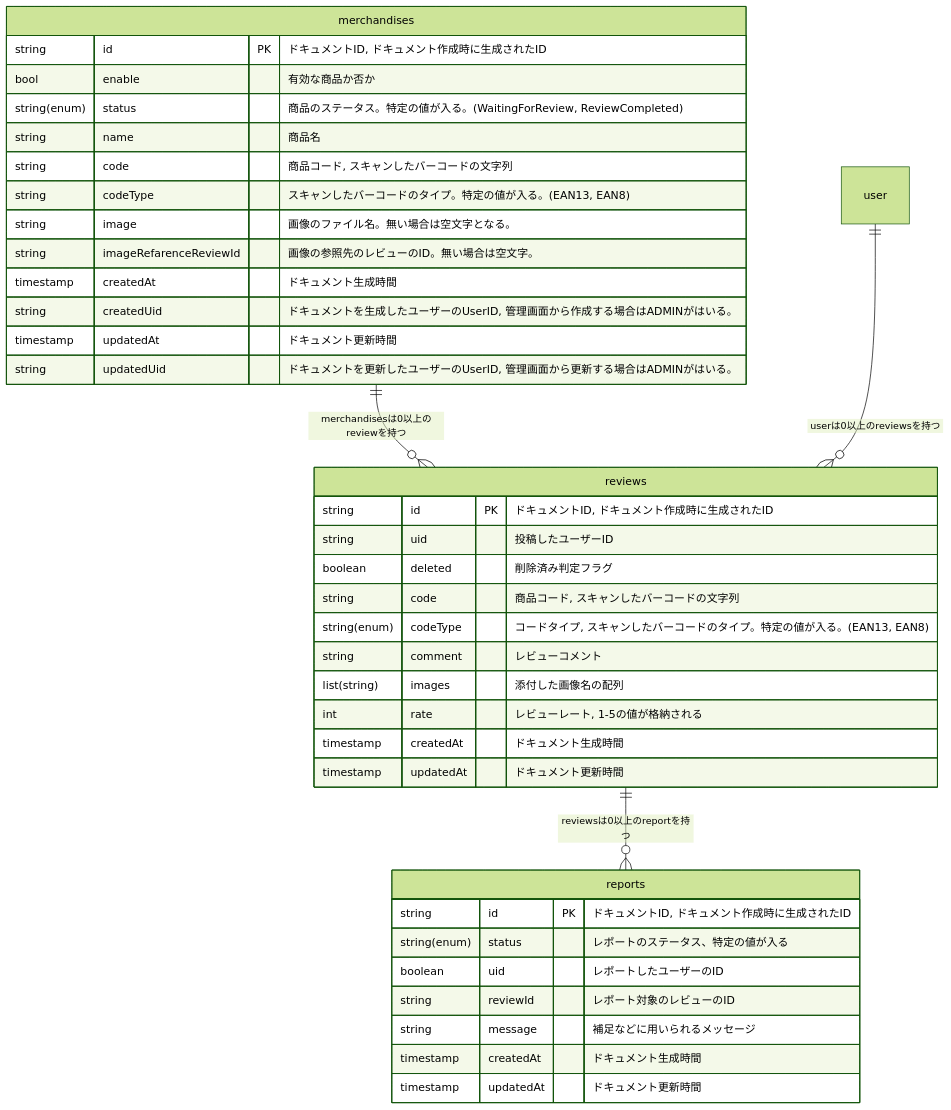
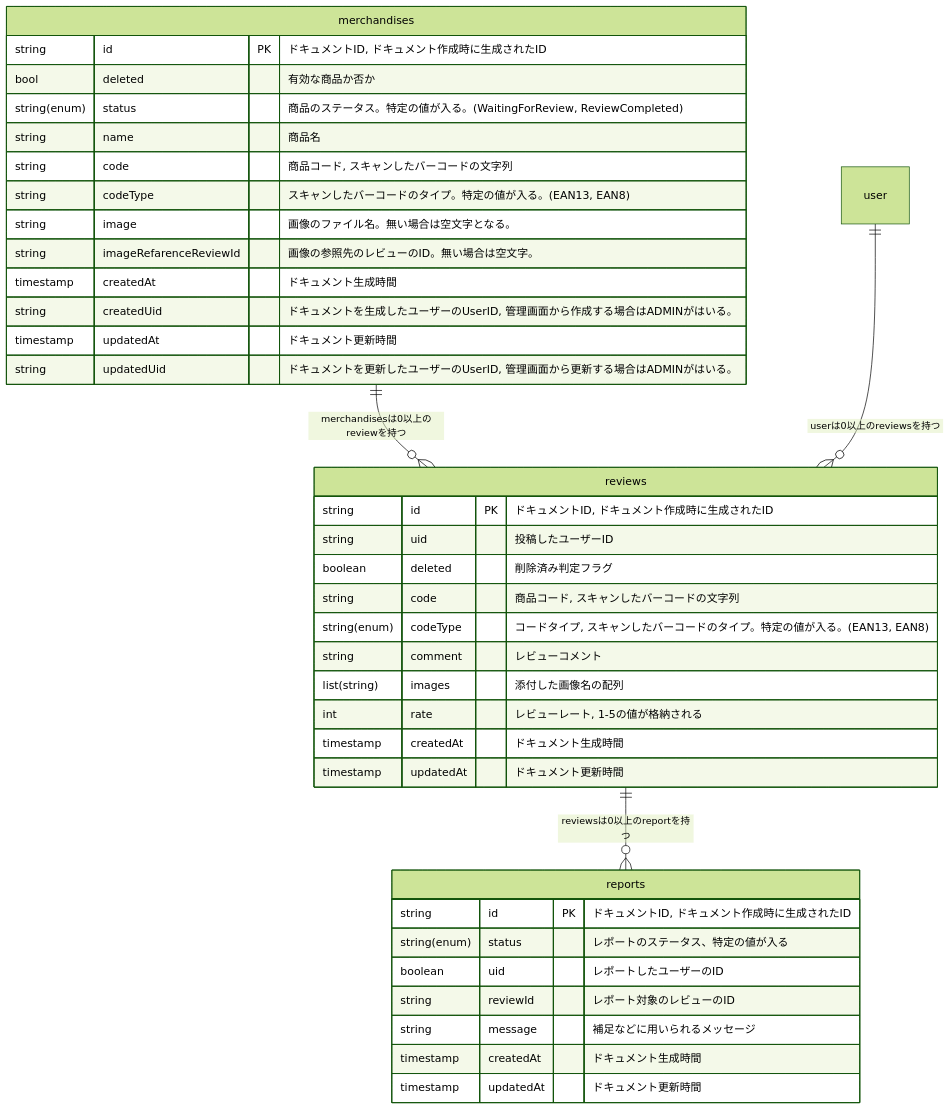
Before and after one commit to takoikatakotako/reviewers: the first of 4 diagrams in documents/database.md, drawn with Mermaid (forest theme). The commit also changed other lines of this file and 8 other files, not shown here.

````diff
--- a/documents/database.md
+++ b/documents/database.md
@@ -9,42 +9,42 @@
 ```mermaid
 erDiagram
-    merchandises ||--o{ reviews : "merchandisesは0以上のreviewを持つ"
-    reviews ||--o{ reports : "reviewsは0以上のreportを持つ"
-    user ||--o{ reviews : "userは0以上のreviewsを持つ"
+  merchandises ||--o{ reviews : "merchandisesは0以上のreviewを持つ"
+  reviews ||--o{ reports : "reviewsは0以上のreportを持つ"
+  user ||--o{ reviews : "userは0以上のreviewsを持つ"
 
-    reviews {
+  reviews {
     string id PK "ドキュメントID, ドキュメント作成時に生成されたID"
     string uid "投稿したユーザーID"
     boolean deleted "削除済み判定フラグ"
     string code "商品コード, スキャンしたバーコードの文字列"
     string(enum) codeType "コードタイプ, スキャンしたバーコードのタイプ。特定の値が入る。(EAN13, EAN8)"
     string comment "レビューコメント"
     list(string) images "添付した画像名の配列"
     int rate "レビューレート, 1-5の値が格納される"
     timestamp createdAt "ドキュメント生成時間"
     timestamp updatedAt "ドキュメント更新時間"
-}
-    merchandises {
+  }
+  merchandises {
     string id PK "ドキュメントID, ドキュメント作成時に生成されたID"
-    bool enable "有効な商品か否か"
+    bool deleted "有効な商品か否か"
     string(enum) status "商品のステータス。特定の値が入る。(WaitingForReview, ReviewCompleted)"
     string name "商品名"
     string code "商品コード, スキャンしたバーコードの文字列"
     string codeType "スキャンしたバーコードのタイプ。特定の値が入る。(EAN13, EAN8)"
     string image "画像のファイル名。無い場合は空文字となる。"
     string imageRefarenceReviewId "画像の参照先のレビューのID。無い場合は空文字。"
     timestamp createdAt "ドキュメント生成時間"
     string createdUid "ドキュメントを生成したユーザーのUserID, 管理画面から作成する場合はADMINがはいる。"
     timestamp updatedAt "ドキュメント更新時間"
     string updatedUid "ドキュメントを更新したユーザーのUserID, 管理画面から更新する場合はADMINがはいる。"
-}
-reports {
+  }
+  reports {
     string id PK "ドキュメントID, ドキュメント作成時に生成されたID"
     string(enum) status "レポートのステータス、特定の値が入る"
     boolean uid "レポートしたユーザーのID"
     string reviewId "レポート対象のレビューのID"
     string message "補足などに用いられるメッセージ"
     timestamp createdAt "ドキュメント生成時間"
     timestamp updatedAt "ドキュメント更新時間"
-}
+  }
 ```
````
